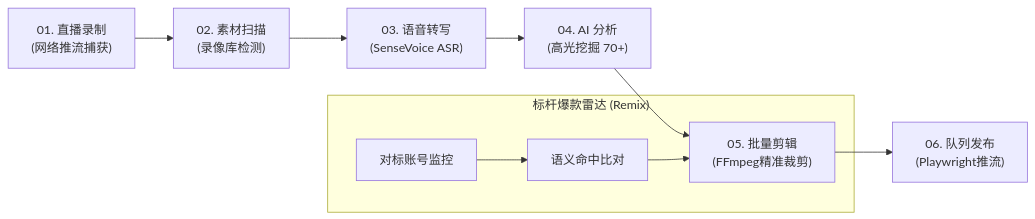
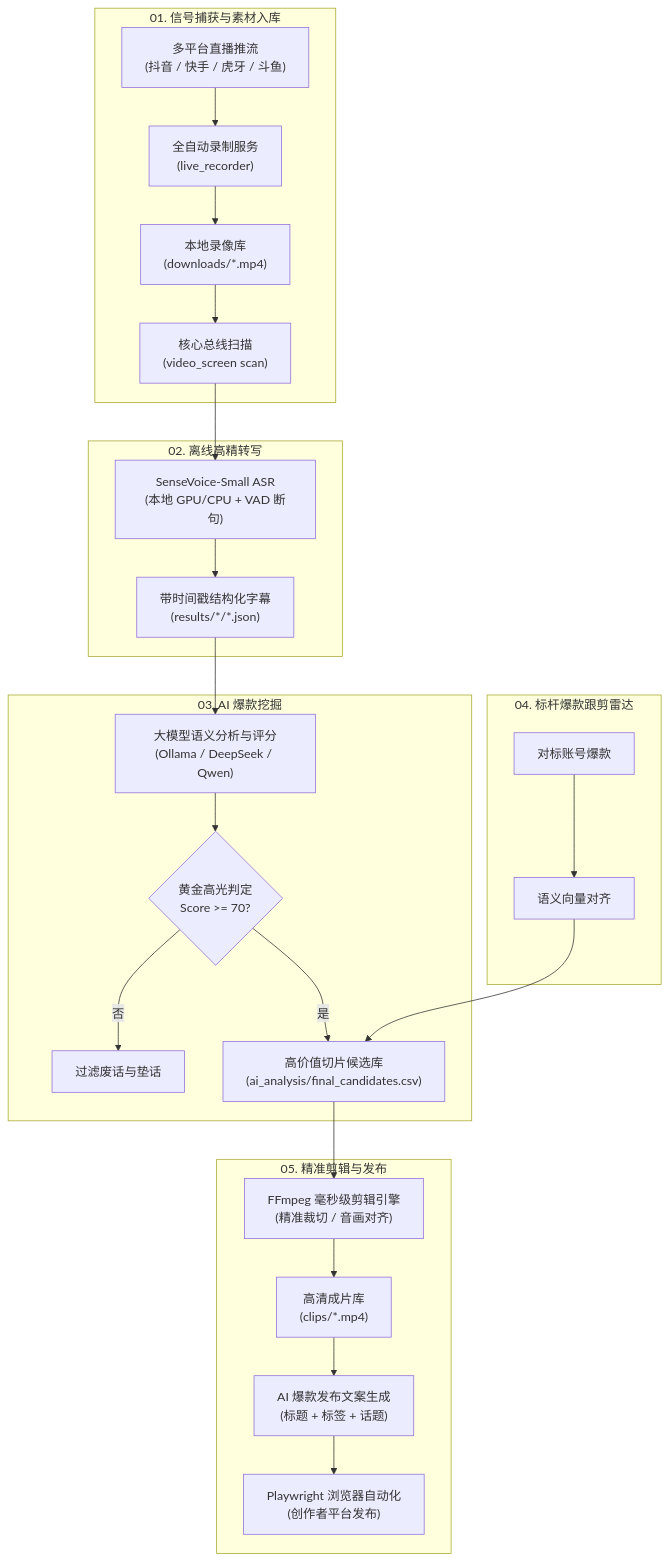
Before and after one commit to liuhao0318/VideoScreen: the diagram in README.md, drawn with Mermaid. The commit also changed other lines of this file, not shown here.

````diff
--- a/README.md
+++ b/README.md
@@ -50,12 +60,32 @@
 ```mermaid
-flowchart LR
-    A["01. 直播录制<br/>(网络推流捕获)"] --> B["02. 素材扫描<br/>(录像库检测)"]
-    B --> C["03. 语音转写<br/>(SenseVoice ASR)"]
-    C --> D["04. AI 分析<br/>(高光挖掘 70+)"]
-    D --> E["05. 批量剪辑<br/>(FFmpeg精准裁剪)"]
-    E --> F["06. 队列发布<br/>(Playwright推流)"]
+flowchart TD
+    subgraph Capture ["01. 信号捕获与素材入库"]
+        Live["多平台直播推流<br/>(抖音 / 快手 / 虎牙 / 斗鱼)"] --> Recorder["全自动录制服务<br/>(live_recorder)"]
+        Recorder --> VideoStore["本地录像库<br/>(downloads/*.mp4)"]
+        VideoStore --> Scan["核心总线扫描<br/>(video_screen scan)"]
+    end
 
-    subgraph Radar ["标杆爆款雷达 (Remix)"]
-        R1["对标账号监控"] --> R2["语义命中比对"] --> E
+    subgraph ASR ["02. 离线高精转写"]
+        Scan --> SenseVoice["SenseVoice-Small ASR<br/>(本地 GPU/CPU + VAD 断句)"]
+        SenseVoice --> Transcript["带时间戳结构化字幕<br/>(results/*/*.json)"]
+    end
+
+    subgraph Intelligence ["03. AI 爆款挖掘"]
+        Transcript --> LLM["大模型语义分析与评分<br/>(Ollama / DeepSeek / Qwen)"]
+        LLM --> Filter{"黄金高光判定<br/>Score >= 70?"}
+        Filter -- 否 --> Discard["过滤废话与垫话"]
+        Filter -- 是 --> Candidates["高价值切片候选库<br/>(ai_analysis/final_candidates.csv)"]
+    end
+
+    subgraph Radar ["04. 标杆爆款跟剪雷达"]
+        Bench["对标账号爆款"] --> Embed["语义向量对齐"]
+        Embed --> Candidates
+    end
+
+    subgraph Production ["05. 精准剪辑与发布"]
+        Candidates --> FFmpeg["FFmpeg 毫秒级剪辑引擎<br/>(精准裁切 / 音画对齐)"]
+        FFmpeg --> Clips["高清成片库<br/>(clips/*.mp4)"]
+        Clips --> Copywriter["AI 爆款发布文案生成<br/>(标题 + 标签 + 话题)"]
+        Copywriter --> Uploader["Playwright 浏览器自动化<br/>(创作者平台发布)"]
     end
 ```
````
